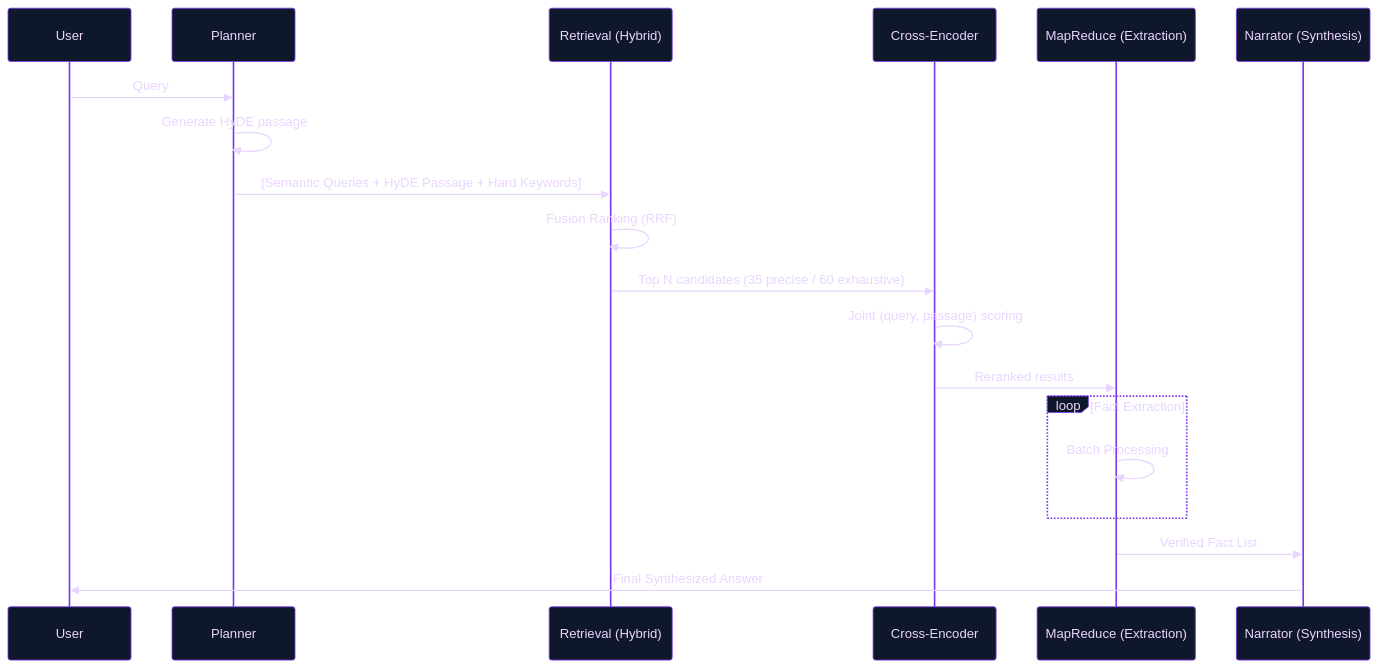
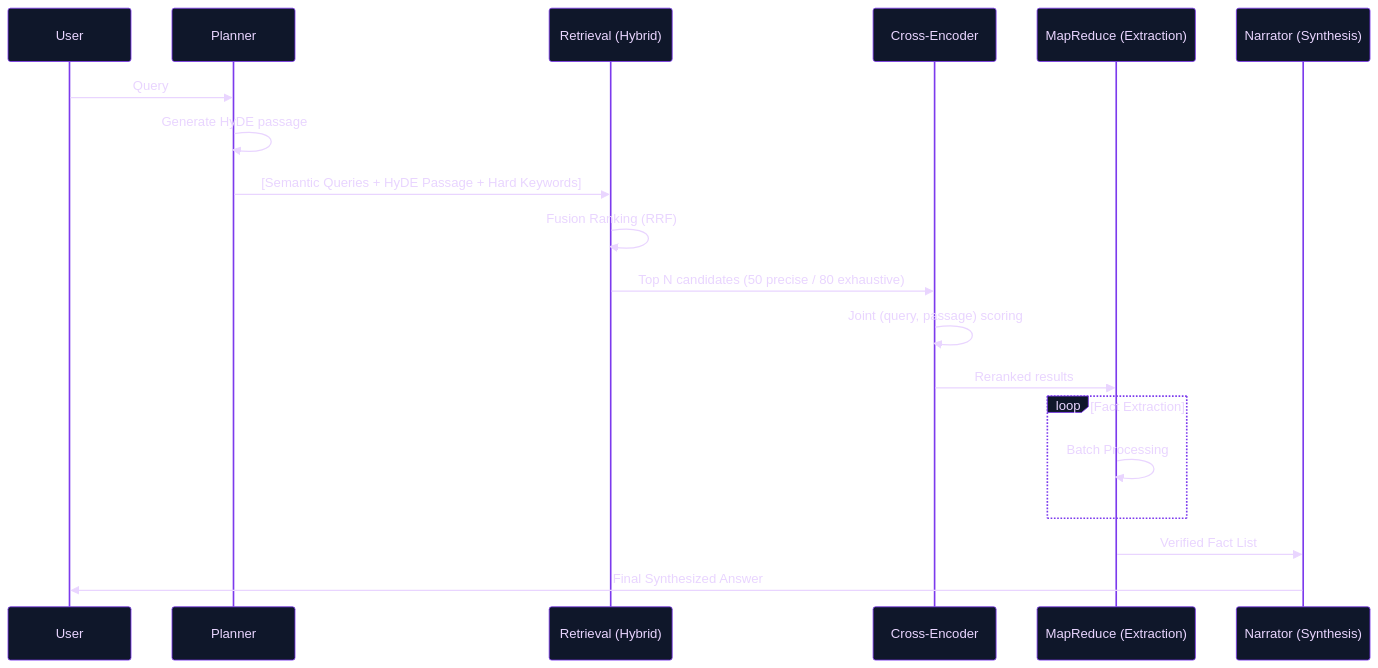
Before and after one commit to simwai/perplexity-ai-export: the second of 2 diagrams in docs/ARCH.md, drawn with Mermaid. The commit also changed 2 other files, not shown here.

Commit message:
docs: fix documentation regressions in DEBUGGING.md and ARCH.md (#56)
Correct log file output directory paths in docs/DEBUGGING.md from debug/
to logs/ to align with src/utils/log-constants.ts.

Update RAG candidate pool numbers in docs/ARCH.md sequence diagram from
35/60 to 50/80 to match Stage A text and src/ai/rag-orchestrator.ts.

Create DOC_DRIFT.md reporting findings and updates.

````diff
--- a/docs/ARCH.md
+++ b/docs/ARCH.md
@@ -165,35 +165,35 @@
 ```mermaid
 %%{init: {
   'theme': 'base',
   'themeVariables': {
     'primaryColor': '#2d1b4d',
     'primaryTextColor': '#e9d5ff',
     'primaryBorderColor': '#7c3aed',
     'lineColor': '#a78bfa',
     'secondaryColor': '#1e1b4b',
     'tertiaryColor': '#4c1d95',
     'mainBkg': '#0f172a',
     'nodeBorder': '#8b5cf6'
   }
 }}%%
 sequenceDiagram
     participant U as User
     participant P as Planner
     participant R as Retrieval (Hybrid)
     participant CE as Cross-Encoder
     participant MR as MapReduce (Extraction)
     participant N as Narrator (Synthesis)
 
     U->>P: Query
     P->>P: Generate HyDE passage
     P->>R: [Semantic Queries + HyDE Passage + Hard Keywords]
     R->>R: Fusion Ranking (RRF)
-    R->>CE: Top N candidates (35 precise / 60 exhaustive)
+    R->>CE: Top N candidates (50 precise / 80 exhaustive)
     CE->>CE: Joint (query, passage) scoring
     CE->>MR: Reranked results
     loop Fact Extraction
         MR->>MR: Batch Processing
     end
     MR->>N: Verified Fact List
     N->>U: Final Synthesized Answer
 ```
````
